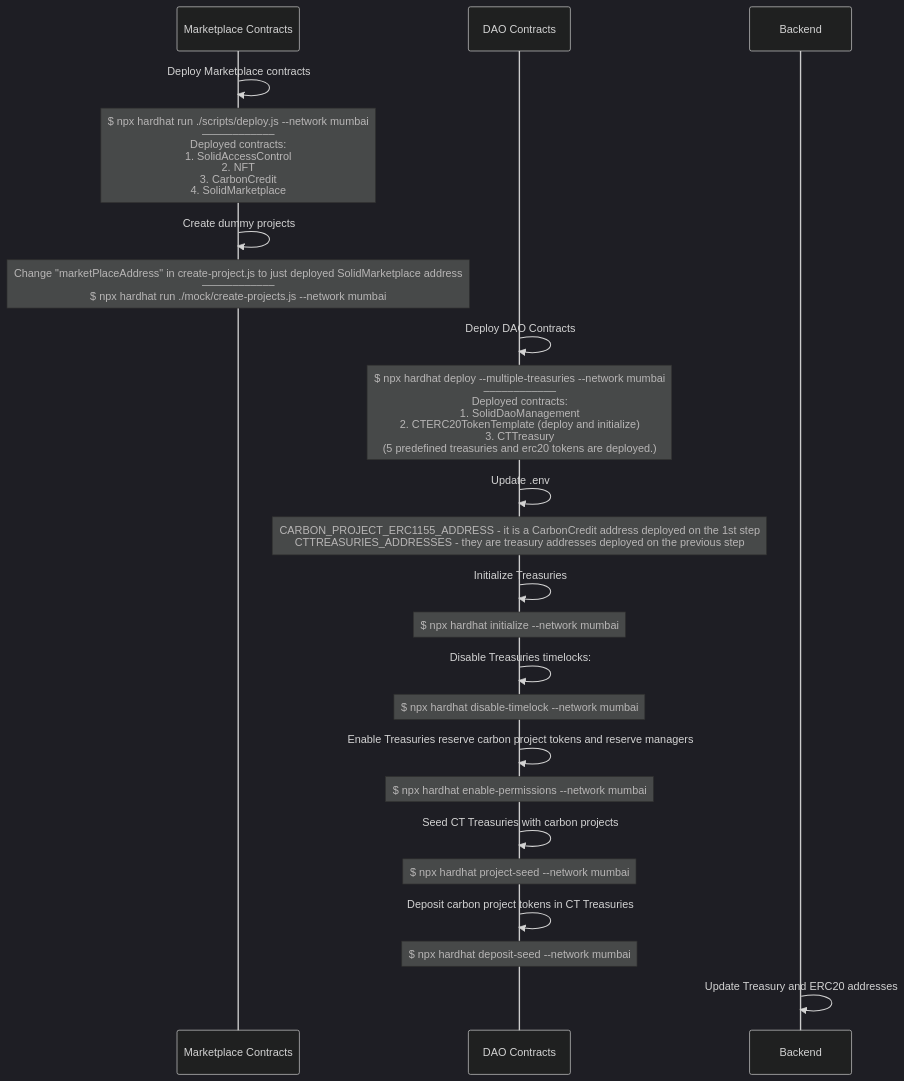
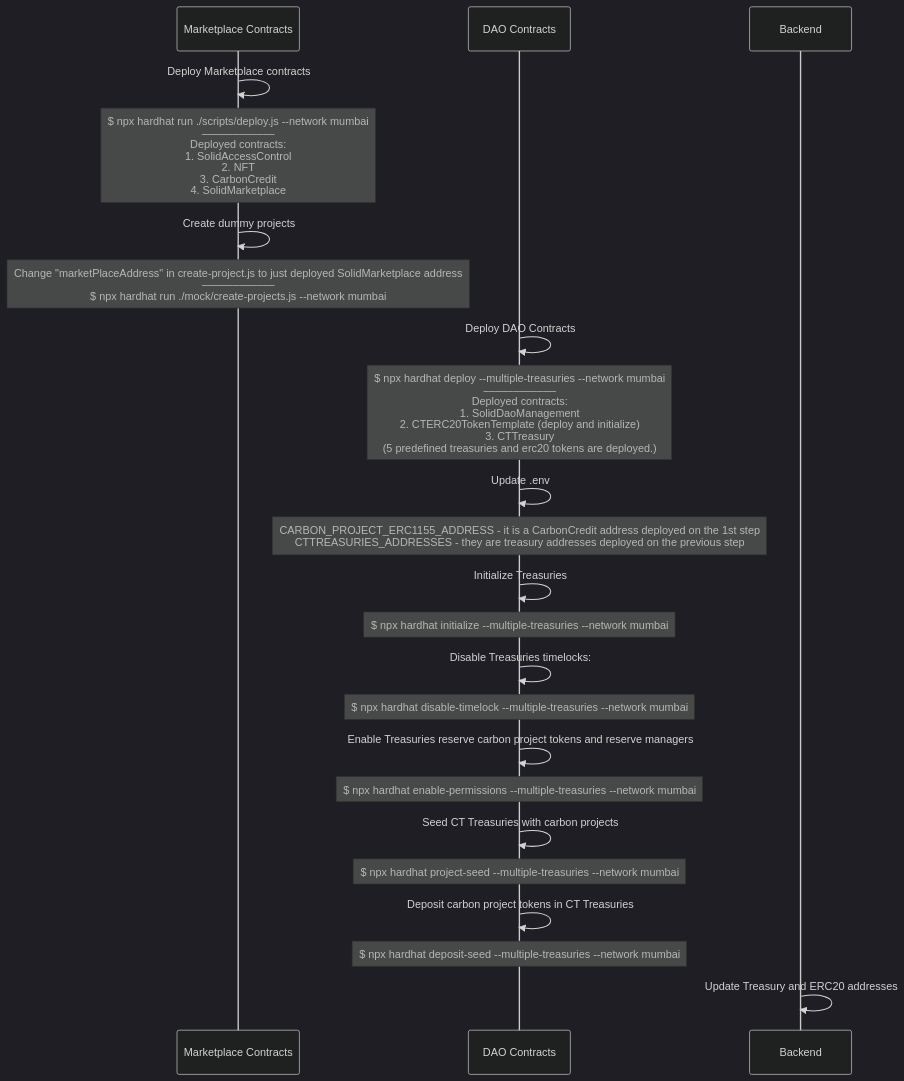
The diagram in docs/mumbai-deployment-flow.md (solid-world/solid-world-dao-contracts), drawn with Mermaid (dark theme) before and after one commit. The commit also changed 7 other files, not shown here.

````diff
--- a/docs/mumbai-deployment-flow.md
+++ b/docs/mumbai-deployment-flow.md
@@ -1,25 +1,25 @@
 ```mermaid
 sequenceDiagram
     participant market as Marketplace Contracts
     participant dao as DAO Contracts
     participant Backend
     market->>market: Deploy Marketplace contracts
     Note over market: $ npx hardhat run ./scripts/deploy.js --network mumbai <br>––––––––––––<br>Deployed contracts: <br>1. SolidAccessControl <br>2. NFT <br>3. CarbonCredit <br>4. SolidMarketplace
     market->>market: Create dummy projects
     Note over market: Change "marketPlaceAddress" in create-project.js to just deployed SolidMarketplace address<br>––––––––––––<br>$ npx hardhat run ./mock/create-projects.js  --network mumbai
     dao->>dao: Deploy DAO Contracts
     Note over dao: $ npx hardhat deploy --multiple-treasuries --network mumbai <br>––––––––––––<br>Deployed contracts: <br>1. SolidDaoManagement<br> 2. CTERC20TokenTemplate (deploy and initialize)<br> 3. CTTreasury<br> (5 predefined treasuries and erc20 tokens are deployed.)
     dao->>dao: Update .env
     Note over dao: CARBON_PROJECT_ERC1155_ADDRESS - it is a CarbonCredit address deployed on the 1st step<br>CTTREASURIES_ADDRESSES - they are treasury addresses deployed on the previous step
     dao->>dao: Initialize Treasuries
-    Note over dao: $ npx hardhat initialize --network mumbai
+    Note over dao: $ npx hardhat initialize --multiple-treasuries --network mumbai
     dao->>dao: Disable Treasuries timelocks:
-    Note over dao: $ npx hardhat disable-timelock --network mumbai
+    Note over dao: $ npx hardhat disable-timelock --multiple-treasuries --network mumbai
     dao->>dao: Enable Treasuries reserve carbon project tokens and reserve managers
-    Note over dao: $ npx hardhat enable-permissions --network mumbai
+    Note over dao: $ npx hardhat enable-permissions --multiple-treasuries --network mumbai
     dao->>dao: Seed CT Treasuries with carbon projects
-    Note over dao: $ npx hardhat project-seed --network mumbai
+    Note over dao: $ npx hardhat project-seed --multiple-treasuries --network mumbai
     dao->>dao: Deposit carbon project tokens in CT Treasuries
-    Note over dao: $ npx hardhat deposit-seed --network mumbai
+    Note over dao: $ npx hardhat deposit-seed --multiple-treasuries --network mumbai
     Backend->>Backend: Update Treasury and ERC20 addresses
 ```
````
